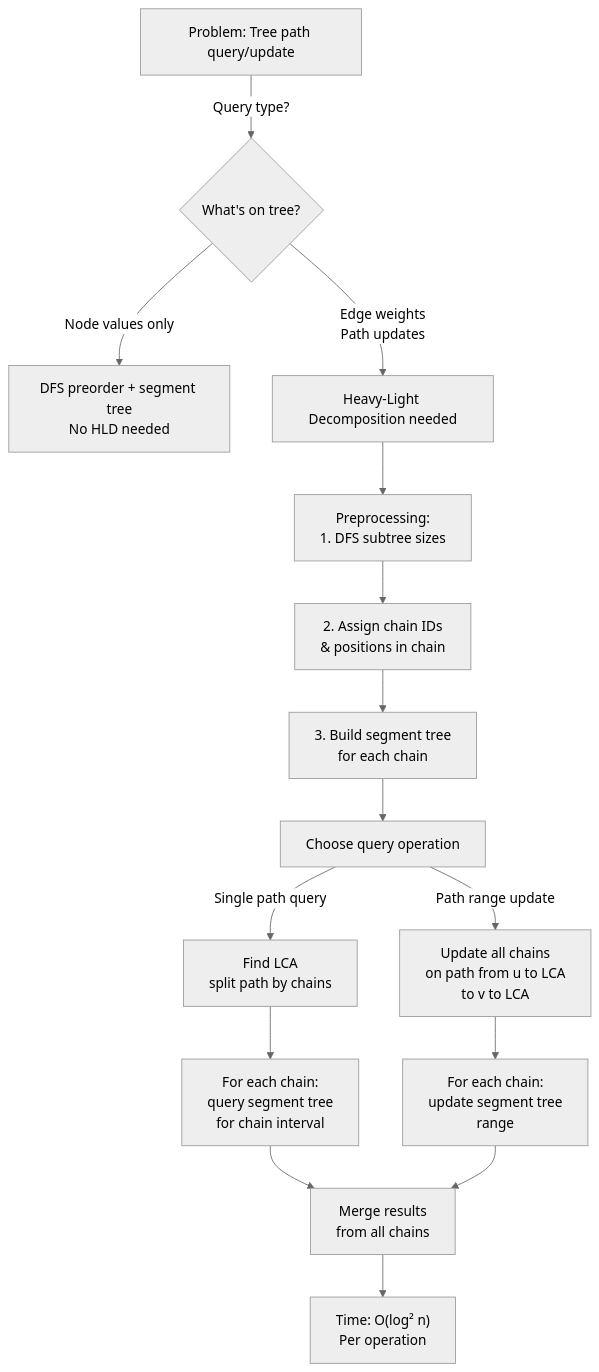
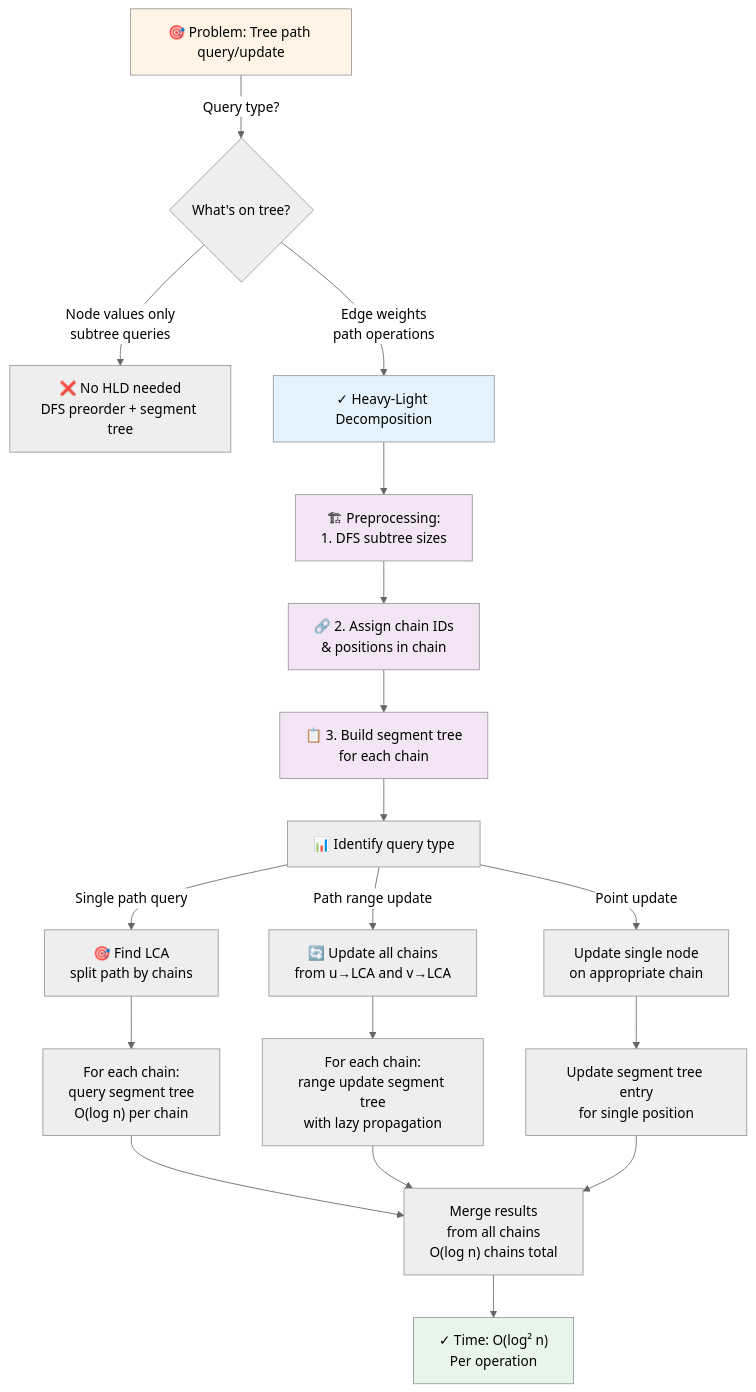
Before and after one commit to souradeepta/interviewprep: the first of 4 diagrams in docs/advanced_ds/heavy_light_decomposition.md, drawn with Mermaid (neutral theme). The commit also changed other lines of this file and 35 other files, not shown here.

First line of the commit message:
Enhance all documentation with comprehensive Mermaid flowcharts and visualizations

````diff
--- a/docs/advanced_ds/heavy_light_decomposition.md
+++ b/docs/advanced_ds/heavy_light_decomposition.md
@@ -90,17 +90,27 @@
 ```mermaid
 flowchart TD
-    A["Problem: Tree path query/update"] -->|Query type?| B{What's on tree?}
-    B -->|Node values only| C["DFS preorder + segment tree<br/>No HLD needed"]
-    B -->|Edge weights<br/>Path updates| D["Heavy-Light Decomposition needed"]
-    D --> E["Preprocessing:<br/>1. DFS subtree sizes"]
-    E --> F["2. Assign chain IDs<br/>& positions in chain"]
-    F --> G["3. Build segment tree<br/>for each chain"]
-    G --> H["Choose query operation"]
-    H -->|Single path query| I["Find LCA<br/>split path by chains"]
-    H -->|Path range update| J["Update all chains<br/>on path from u to LCA<br/>to v to LCA"]
-    I --> K["For each chain:<br/>query segment tree<br/>for chain interval"]
-    J --> L["For each chain:<br/>update segment tree<br/>range"]
-    K --> M["Merge results<br/>from all chains"]
-    L --> M
-    M --> N["Time: O(log² n)<br/>Per operation"]
+    A["🎯 Problem: Tree path query/update"] -->|Query type?| B{What's on tree?}
+    B -->|Node values only<br/>subtree queries| C["❌ No HLD needed<br/>DFS preorder + segment tree"]
+    B -->|Edge weights<br/>path operations| D["✓ Heavy-Light Decomposition"]
+    D --> E["🏗 Preprocessing:<br/>1. DFS subtree sizes"]
+    E --> F["🔗 2. Assign chain IDs<br/>& positions in chain"]
+    F --> G["📋 3. Build segment tree<br/>for each chain"]
+    G --> H["📊 Identify query type"]
+    H -->|Single path query| I["🎯 Find LCA<br/>split path by chains"]
+    H -->|Path range update| J["🔄 Update all chains<br/>from u→LCA and v→LCA"]
+    H -->|Point update| K["Update single node<br/>on appropriate chain"]
+    I --> L["For each chain:<br/>query segment tree<br/>O(log n) per chain"]
+    J --> M["For each chain:<br/>range update segment tree<br/>with lazy propagation"]
+    K --> N["Update segment tree entry<br/>for single position"]
+    L --> O["Merge results<br/>from all chains<br/>O(log n) chains total"]
+    M --> O
+    N --> O
+    O --> P["✓ Time: O(log² n)<br/>Per operation"]
+    
+    style A fill:#fff4e6
+    style D fill:#e3f2fd
+    style E fill:#f3e5f5
+    style F fill:#f3e5f5
+    style G fill:#f3e5f5
+    style P fill:#e8f5e9
 ```
````
